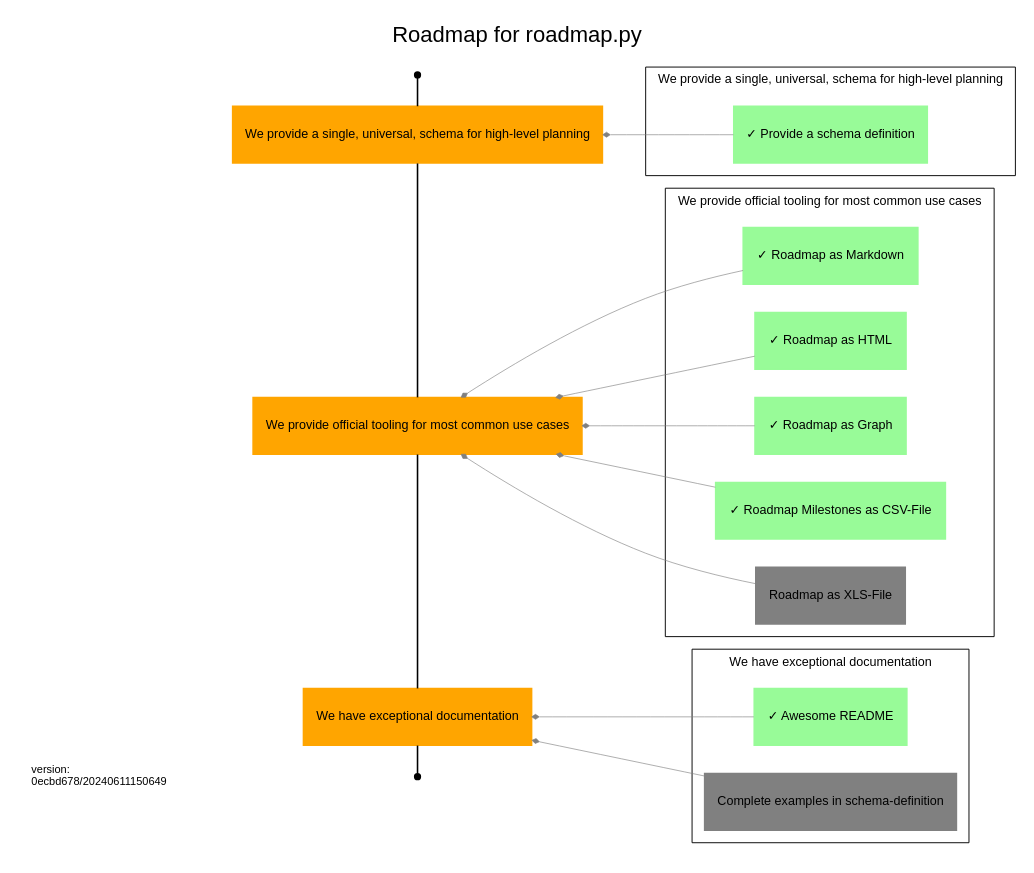
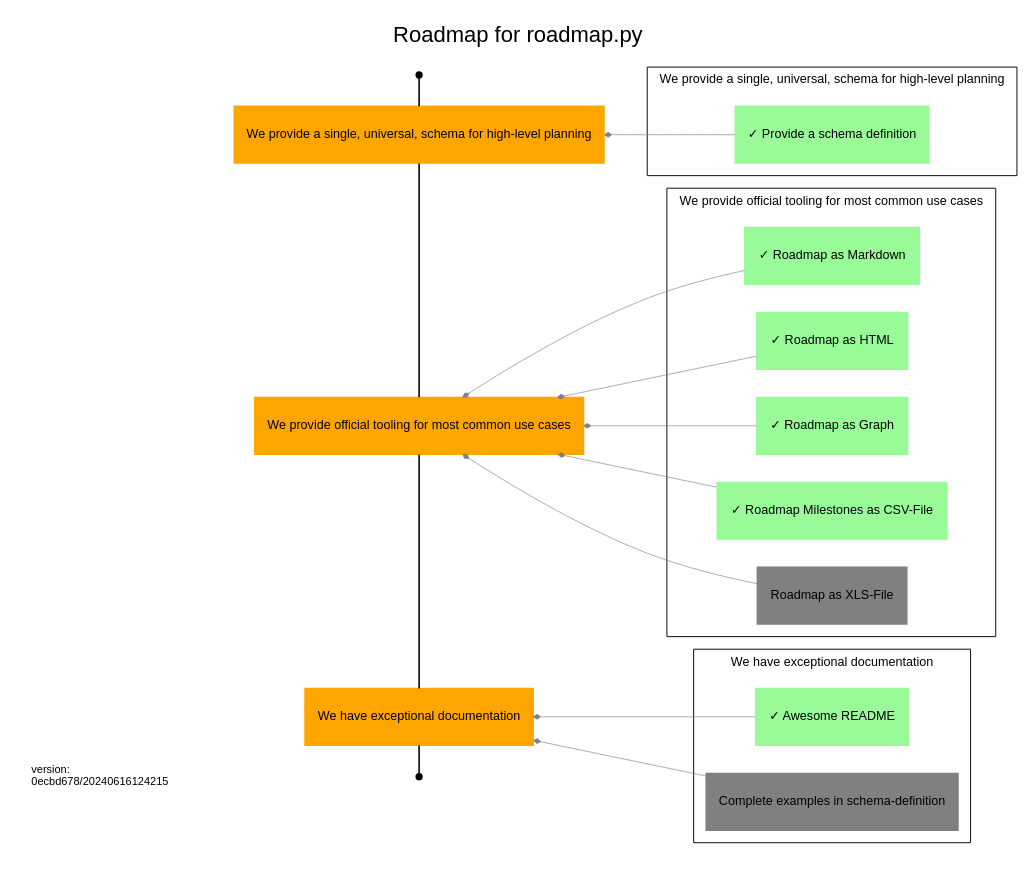
Before and after one commit to uroflavin/roadmap: the diagram in roadmap/roadmap.dot, drawn with Graphviz. The commit also changed 13 other files, not shown here.

```diff
--- a/roadmap/roadmap.dot
+++ b/roadmap/roadmap.dot
@@ -1,143 +1,143 @@
 digraph Roadmap {
   rankdir=RL;
   label="Roadmap for roadmap.py"
   tooltip="This is the planning roadmap for the [uroflavin/roadmap](https://github.com/uroflavin/roadmap) project. 
 It acts as both the plan for implementing this tool as well as a demonstration of what a roadmap might look like.
 
 One good example is this roadmap itself. 
 What to-do and what is already done to implement roadmap.py can you see in this picture.
 
 ![Roadmap Objectives and Keyresults, rendered from roadmap.yml](roadmap.dot.png)
 
 One of the things you'll immediately notice about this file is that it uses *Markdown* for formatting of text and is designed around a structured YAML schema. 
 The goal is to make this as easy as possible for humans to read and reason about, while also enabling powerful visualizations to be generated based on the content.
 ";
   fontname="Arial";
   labelloc="t";
 
   node[style="filled",shape="rectangle",color="orange",fontname="Arial",fontsize=8];
   edge[weight=1,group="milestones",arrowhead="none"];
 
   {
 	rank=same;
 
 	start[label="Start",shape="point",color="",tooltip="This is the start of your roadmap."];
     end[label="End",shape="point",color="",tooltip="This is the end of your roadmap."];
     
     
     o1 [label="We provide a single, universal, schema for high-level planning",tooltip="The goal of this project is, primarily, to provide a single schema that can be used by different teams to describe the work they are doing and their future intentions. 
 The usefulness and applicability of this schema to real-world problem domains will determine whether anything else we do here is of value.
 "];
         
             "start" -> o1;
         
     o2 [label="We provide official tooling for most common use cases",tooltip="While the goal of having a single unified schema for planning is that it enables the development of tools that automate various aspects of planning, most teams are not going to adopt this if the fundamentals aren't already solved for them. 
 This includes things like being able to visualize your road map in common formats, validating it against the schema etc.
 "];
         
             o1 -> o2;
         
     o3 [label="We have exceptional documentation",tooltip="Adoption of something intended to make planning easier is only going to be successful if it is easy to use, and a critical part of that is great documentation. 
 Our goal is that someone with no familiarity with our tooling can ramp up and have an initial road map ready for use within only a few minutes.
 "];
         
             o2 -> o3;
         
             o3 -> "end" ;
         }
   node[color="grey"];
   edge[weight=5,color="grey",penwidth=0.4,arrowsize=0.4,group="dependencies",arrowhead="diamond"];
 
   
         
         subgraph cluster_o1 {
             label="We provide a single, universal, schema for high-level planning";
             tooltip="The goal of this project is, primarily, to provide a single schema that can be used by different teams to describe the work they are doing and their future intentions. 
 The usefulness and applicability of this schema to real-world problem domains will determine whether anything else we do here is of value.
 ";
             fontsize=8;
             penwidth=0.6;
             
                 
                 
                     
                 o1_r1 [label="✓ Provide a schema definition",tooltip="Develop a schema that fulfills the main requirements of the objective",color="palegreen"];
                 o1_r1 -> o1;
             }
     
         
         subgraph cluster_o2 {
             label="We provide official tooling for most common use cases";
             tooltip="While the goal of having a single unified schema for planning is that it enables the development of tools that automate various aspects of planning, most teams are not going to adopt this if the fundamentals aren't already solved for them. 
 This includes things like being able to visualize your road map in common formats, validating it against the schema etc.
 ";
             fontsize=8;
             penwidth=0.6;
             
                 
                 
                     
                 o2_r1 [label="✓ Roadmap as Markdown",tooltip="We should be able to generate some markdown out of roadmap.yml
 ",color="palegreen"];
                 o2_r1 -> o2;
             
                 
                 
                     
                 o2_r2 [label="✓ Roadmap as HTML",tooltip="We should be able to generate some html out of roadmap.yml
 ",color="palegreen"];
                 o2_r2 -> o2;
             
                 
                 
                     
                 o2_r3 [label="✓ Roadmap as Graph",tooltip="We should be able to generate some dot out of roadmap.yml
 ",color="palegreen"];
                 o2_r3 -> o2;
             
                 
                 
                     
                 o2_r4 [label="✓ Roadmap Milestones as CSV-File",tooltip="Excel is THE projectmanagement tool. 
 To render some progress in your favorite tool ;-) we should be able to generate some csv out of roadmap.yml-milestone and deliverables.
 CSV is limited capable for exporting everything, so this would be a good first step towards Roadmap als XLS-File.
 ",color="palegreen"];
                 o2_r4 -> o2;
             
                 
                 
                     
                 o2_r5 [label="Roadmap as XLS-File",tooltip="We should be able to generate some xls out of roadmap.yml
 ",color="grey"];
                 o2_r5 -> o2;
             }
     
         
         subgraph cluster_o3 {
             label="We have exceptional documentation";
             tooltip="Adoption of something intended to make planning easier is only going to be successful if it is easy to use, and a critical part of that is great documentation. 
 Our goal is that someone with no familiarity with our tooling can ramp up and have an initial road map ready for use within only a few minutes.
 ";
             fontsize=8;
             penwidth=0.6;
             
                 
                 
                     
                 o3_r1 [label="✓ Awesome README",tooltip="We need to complete our README explaining the purpose of this project and giving some basic examples of its use.
 ",color="palegreen"];
                 o3_r1 -> o3;
             
                 
                 
                     
                 o3_r2 [label="Complete examples in schema-definition",tooltip="Complete the examples so that every user of the schema is able to find suitable examples for their specific use cases",color="grey"];
                 o3_r2 -> o3;
             }
     subgraph footer {
                 {
                     rank="sink"; 
-                    footer [fontsize=7 shape="box" color="white" label="version:\l0ecbd678/20240611150649\l"];
+                    footer [fontsize=7 shape="box" color="white" label="version:\l0ecbd678/20240616124215\l"];
                 }
             }
 }
```
